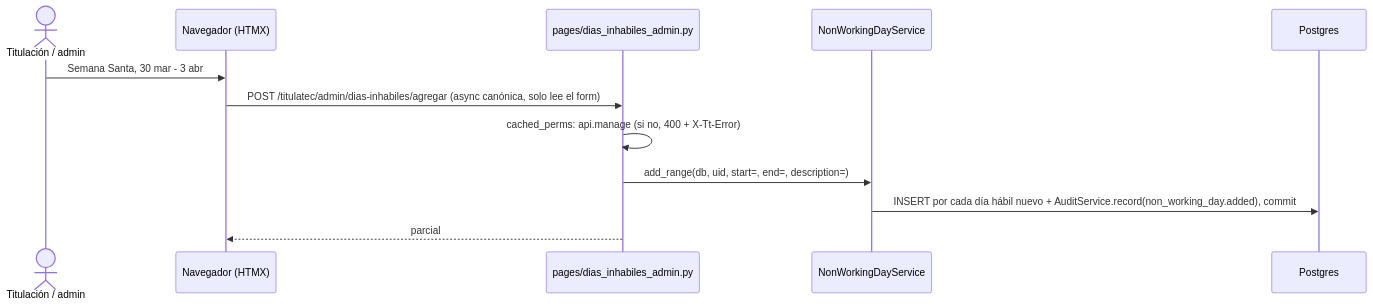
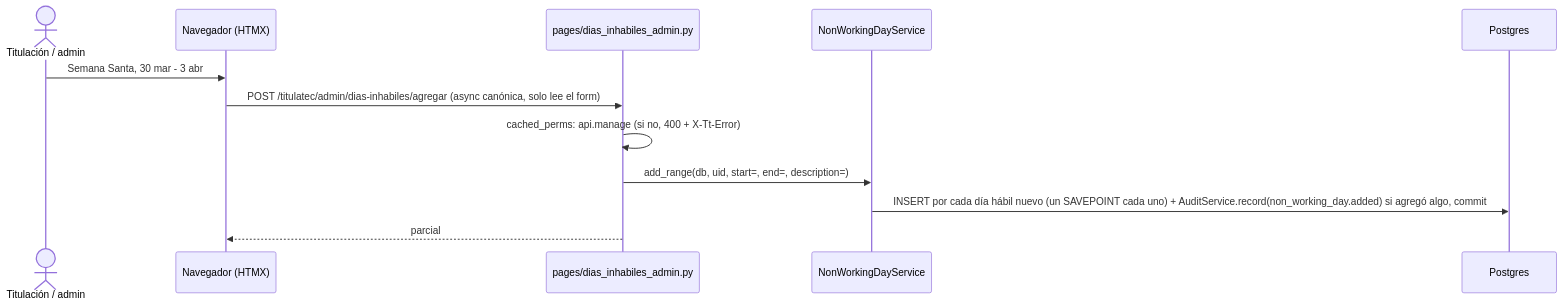
One commit to Erne1357/itcj changed the diagram in itcj2/apps/titulatec/docs/flows/xcut_non_working_days.md. Above: the diagram before and after it, drawn with Mermaid. The commit also changed other lines of this file and 26 other files, not shown here.

````diff
--- a/itcj2/apps/titulatec/docs/flows/xcut_non_working_days.md
+++ b/itcj2/apps/titulatec/docs/flows/xcut_non_working_days.md
@@ -22,14 +22,14 @@
 ```mermaid
 sequenceDiagram
     actor U as Titulación / admin
     participant FE as Navegador (HTMX)
     participant API as pages/dias_inhabiles_admin.py
     participant SVC as NonWorkingDayService
     participant DB as Postgres
     U->>FE: Semana Santa, 30 mar - 3 abr
     FE->>API: POST /titulatec/admin/dias-inhabiles/agregar (async canónica, solo lee el form)
     API->>API: cached_perms: api.manage (si no, 400 + X-Tt-Error)
     API->>SVC: add_range(db, uid, start=, end=, description=)
-    SVC->>DB: INSERT por cada día hábil nuevo + AuditService.record(non_working_day.added), commit
+    SVC->>DB: INSERT por cada día hábil nuevo (un SAVEPOINT cada uno) + AuditService.record(non_working_day.added) si agregó algo, commit
     API-->>FE: parcial #tt-dias-body re-pintado + X-Tt-Notice
 ```
````
